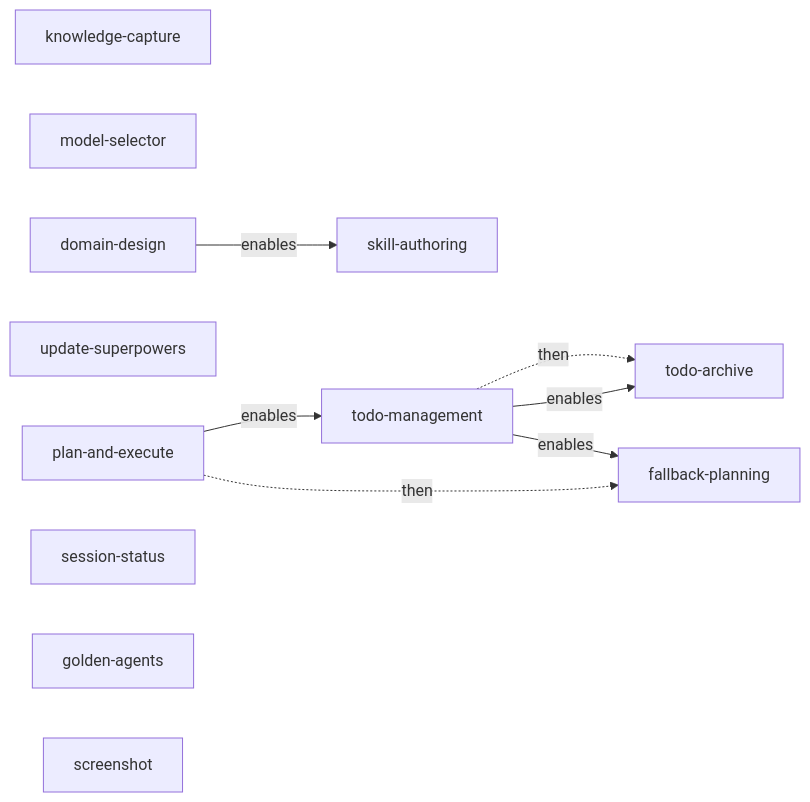
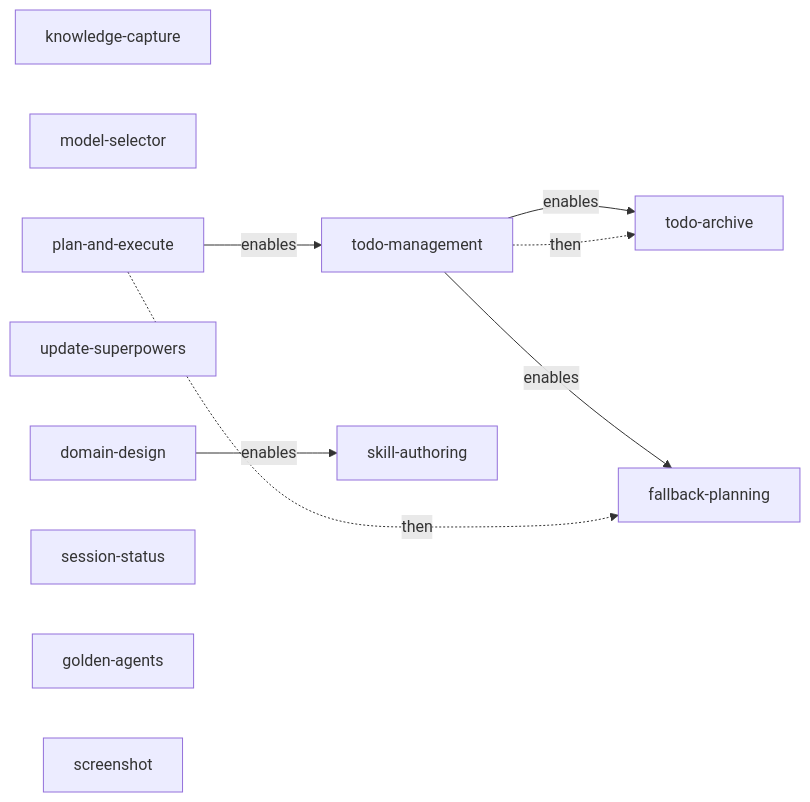
Diagram 14 of 27 in docs/skill-dependency-graph.md (bordenet/superpowers-plus), drawn with Mermaid before and after one commit. The commit also changed other lines of this file and 6 other files, not shown here.

````diff
--- a/docs/skill-dependency-graph.md
+++ b/docs/skill-dependency-graph.md
@@ -242,21 +242,21 @@
 ```mermaid
 flowchart LR
+  todo_management["todo-management"]
   knowledge_capture["knowledge-capture"]
   model_selector["model-selector"]
   plan_and_execute["plan-and-execute"]
   update_superpowers["update-superpowers"]
   domain_design["domain-design"]
   fallback_planning["fallback-planning"]
   session_status["session-status"]
   golden_agents["golden-agents"]
   skill_authoring["skill-authoring"]
   screenshot["screenshot"]
   todo_archive["todo-archive"]
-  todo_management["todo-management"]
+  todo_management -->|enables| todo_archive
+  todo_management -->|enables| fallback_planning
   plan_and_execute -->|enables| todo_management
   domain_design -->|enables| skill_authoring
   plan_and_execute -.->|then| fallback_planning
   todo_management -.->|then| todo_archive
-  todo_management -->|enables| todo_archive
-  todo_management -->|enables| fallback_planning
 ```
````
